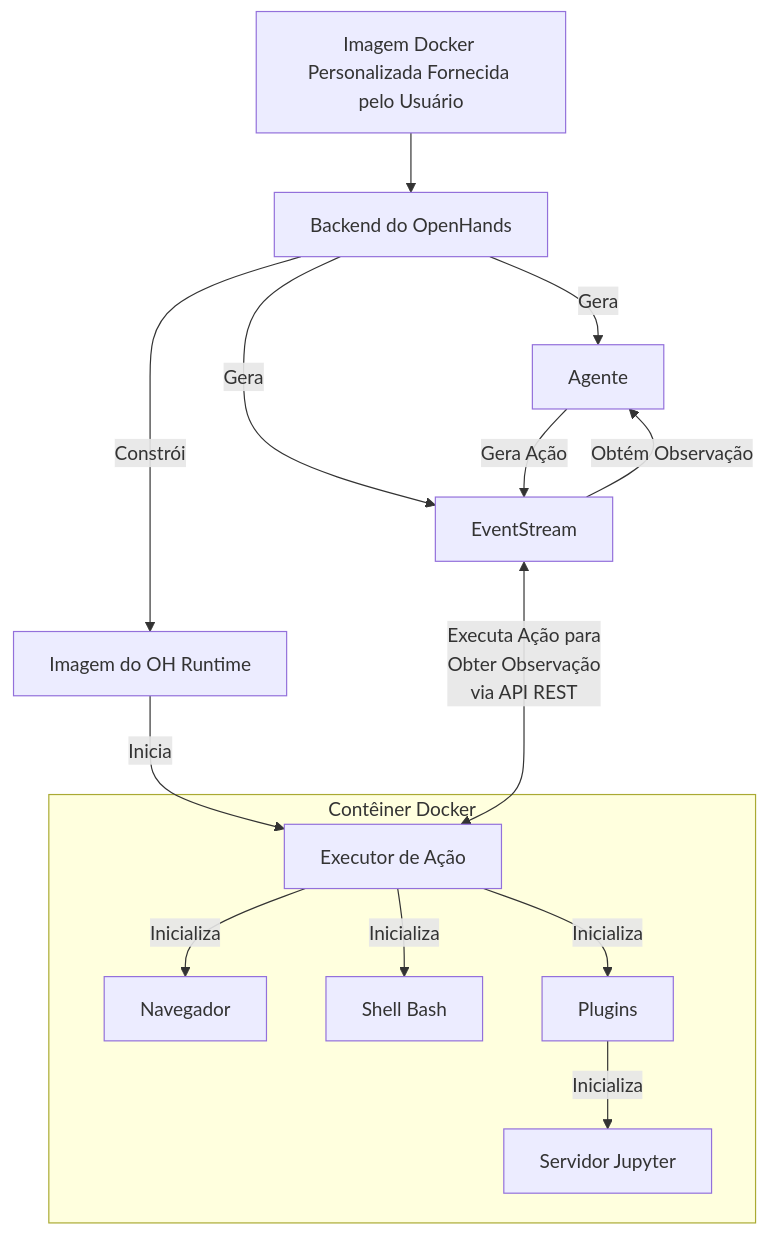
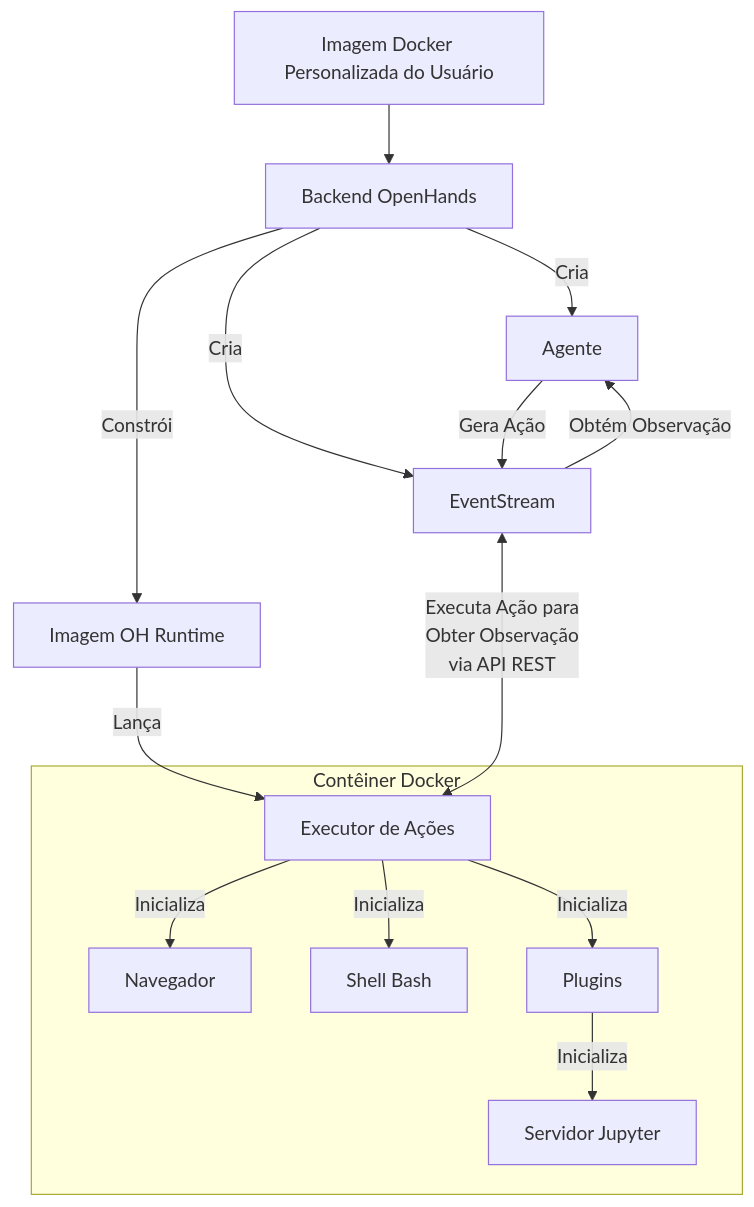
One commit to techyst-net/handyst changed the diagram in docs/i18n/pt-BR/docusaurus-plugin-content-docs/current/usage/architecture/runtime.md. Above: the diagram before and after it, drawn with Mermaid. The commit also changed other lines of this file and 188 other files, not shown here.

````diff
--- a/docs/i18n/pt-BR/docusaurus-plugin-content-docs/current/usage/architecture/runtime.md
+++ b/docs/i18n/pt-BR/docusaurus-plugin-content-docs/current/usage/architecture/runtime.md
@@ -20,28 +20,28 @@
 ```mermaid
 graph TD
-    A[Imagem Docker Personalizada Fornecida pelo Usuário] --> B[Backend do OpenHands]
-    B -->|Constrói| C[Imagem do OH Runtime]
-    C -->|Inicia| D[Executor de Ação]
+    A[Imagem Docker Personalizada do Usuário] --> B[Backend OpenHands]
+    B -->|Constrói| C[Imagem OH Runtime]
+    C -->|Lança| D[Executor de Ações]
     D -->|Inicializa| E[Navegador]
     D -->|Inicializa| F[Shell Bash]
     D -->|Inicializa| G[Plugins]
     G -->|Inicializa| L[Servidor Jupyter]
 
-    B -->|Gera| H[Agente]
-    B -->|Gera| I[EventStream]
+    B -->|Cria| H[Agente]
+    B -->|Cria| I[EventStream]
     I <--->|Executa Ação para
     Obter Observação
     via API REST
     | D
 
     H -->|Gera Ação| I
     I -->|Obtém Observação| H
 
     subgraph "Contêiner Docker"
     D
     E
     F
     G
     L
     end
 ```
````
